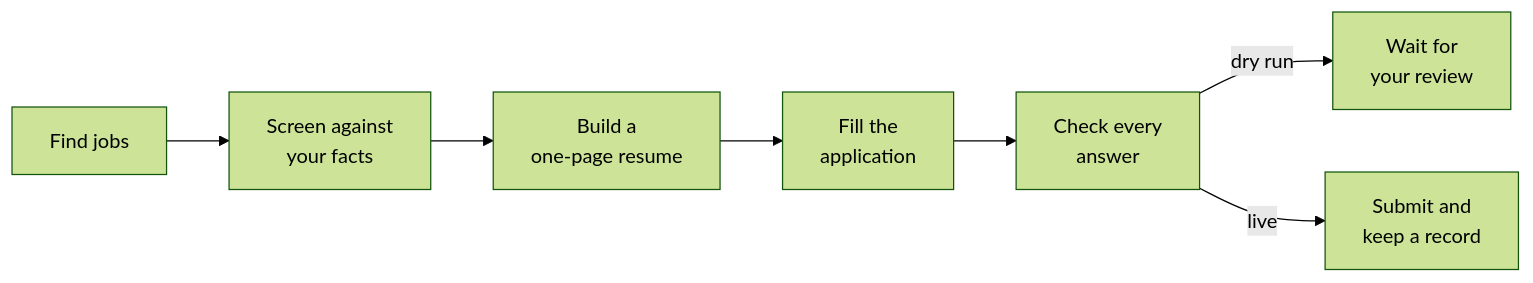
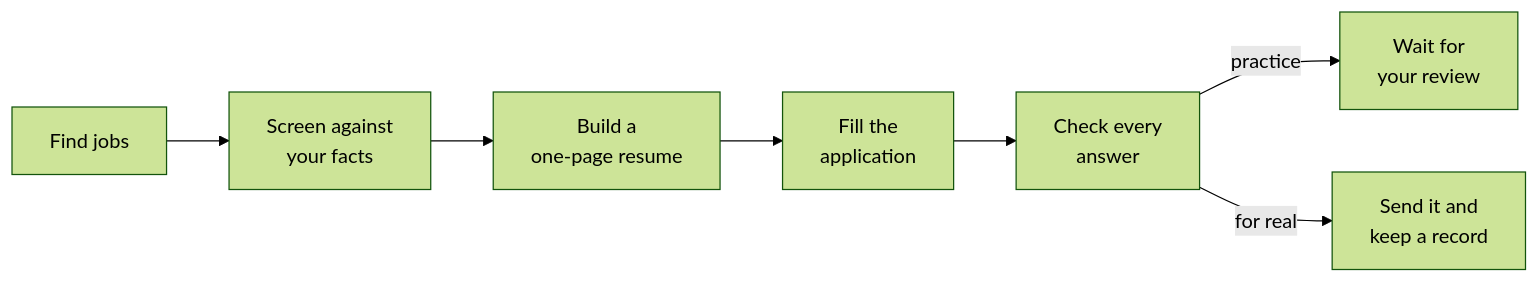
Before and after one commit to AntonyPerez0/job-autopilot-desktop: the diagram in README.md, drawn with Mermaid (forest theme). The commit also changed other lines of this file and 19 other files, not shown here.

````diff
--- a/README.md
+++ b/README.md
@@ -43,9 +43,9 @@
 ```mermaid
 flowchart LR
     A[Find jobs] --> B[Screen against<br>your facts]
     B --> C[Build a<br>one-page resume]
     C --> D[Fill the<br>application]
     D --> E[Check every<br>answer]
-    E -->|dry run| G[Wait for<br>your review]
-    E -->|live| H[Submit and<br>keep a record]
+    E -->|practice| G[Wait for<br>your review]
+    E -->|for real| H[Send it and<br>keep a record]
 ```
````
